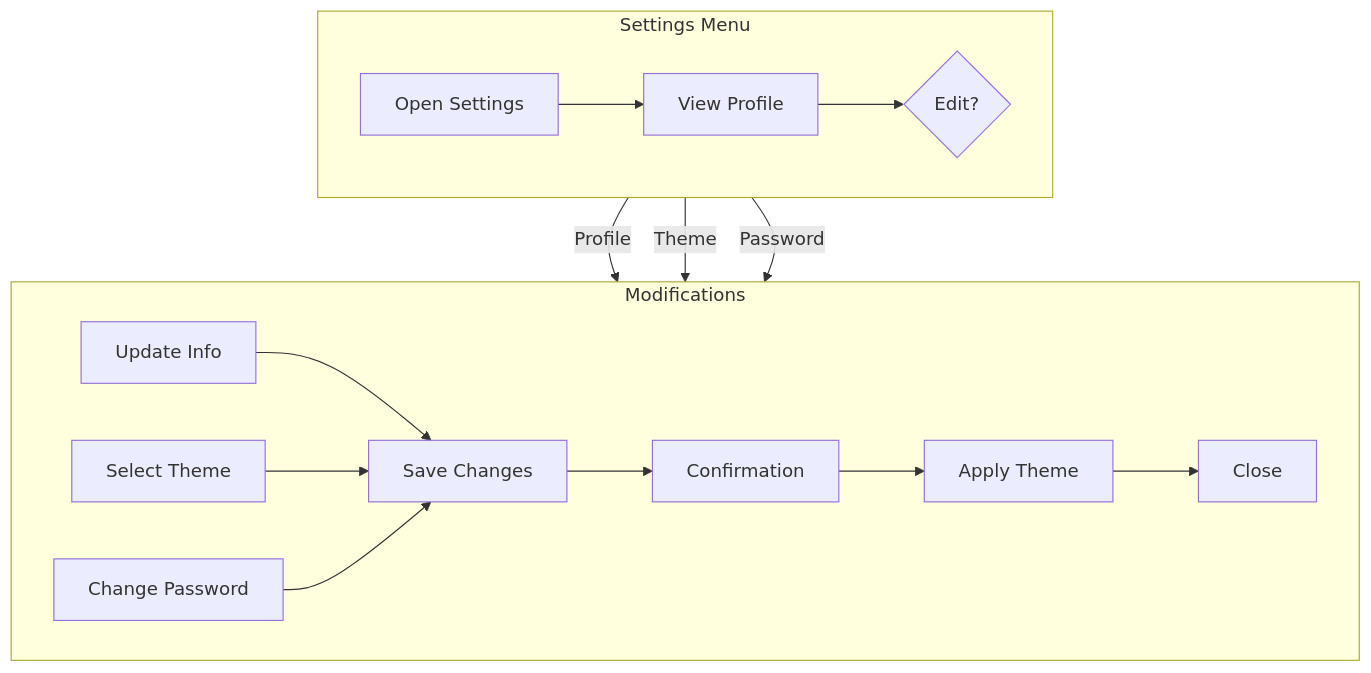
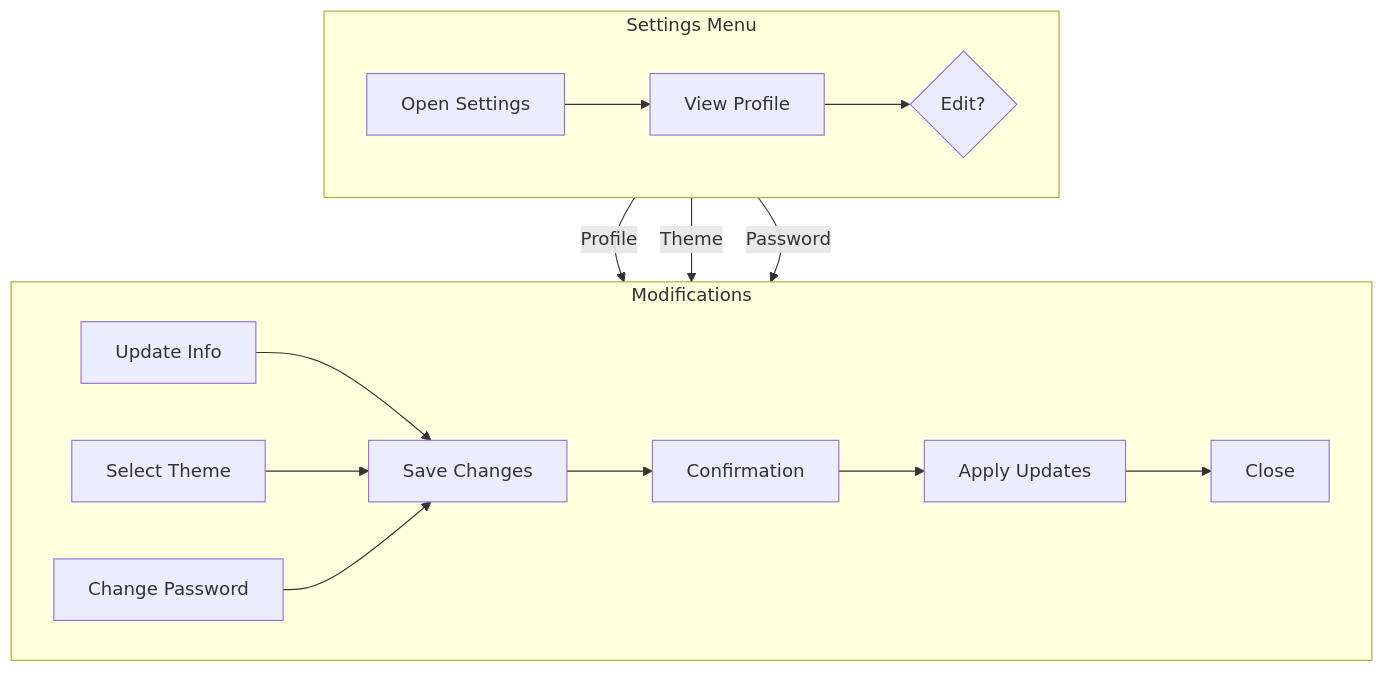
One commit to RoundRobinHood/cogniflight-cloud changed the third of 10 diagrams in docs/SEN3781_Assignment4_Information_Architecture_Report.md. Above: the diagram before and after it, drawn with Mermaid.

````diff
--- a/docs/SEN3781_Assignment4_Information_Architecture_Report.md
+++ b/docs/SEN3781_Assignment4_Information_Architecture_Report.md
@@ -205,17 +205,17 @@
 ```mermaid
 flowchart TB
     subgraph s1["Settings Menu"]
         direction LR
         A[Open Settings] --> B[View Profile] --> C{Edit?}
     end
     subgraph s2["Modifications"]
         direction LR
         D[Update Info] --> G[Save Changes]
         E[Select Theme] --> G
         F[Change Password] --> G
-        G --> H[Confirmation] --> I[Apply Theme] --> J[Close]
+        G --> H[Confirmation] --> I[Apply Updates] --> J[Close]
     end
     C -->|Profile| D
     C -->|Theme| E  
     C -->|Password| F
 ```
````
